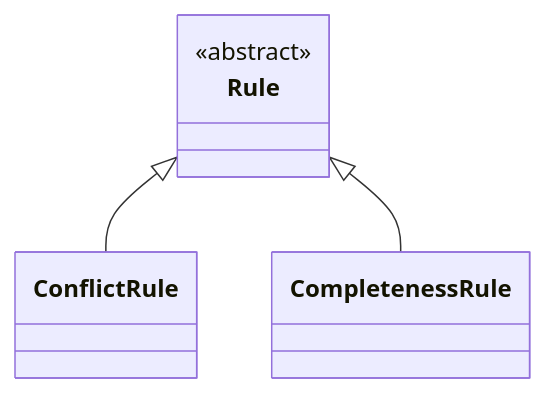
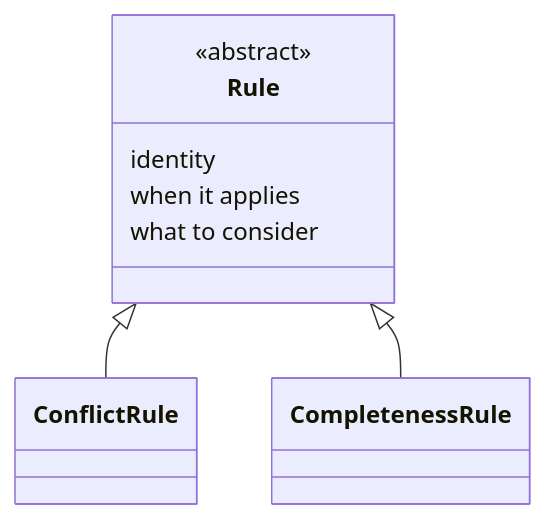
Before and after one commit to szantob/ProjectML: the diagram in spec/03-project-lifecycle-model.md, drawn with Mermaid. The commit also changed other lines of this file, not shown here.

Commit message:
State what a Rule is for and the shape that follows (K83, K84, K85)

````diff
--- a/spec/03-project-lifecycle-model.md
+++ b/spec/03-project-lifecycle-model.md
@@ -83,8 +83,11 @@
 ```mermaid
 classDiagram
     class Rule {
         <<abstract>>
+        identity
+        when it applies
+        what to consider
     }
     Rule <|-- ConflictRule
     Rule <|-- CompletenessRule
 ```
````
